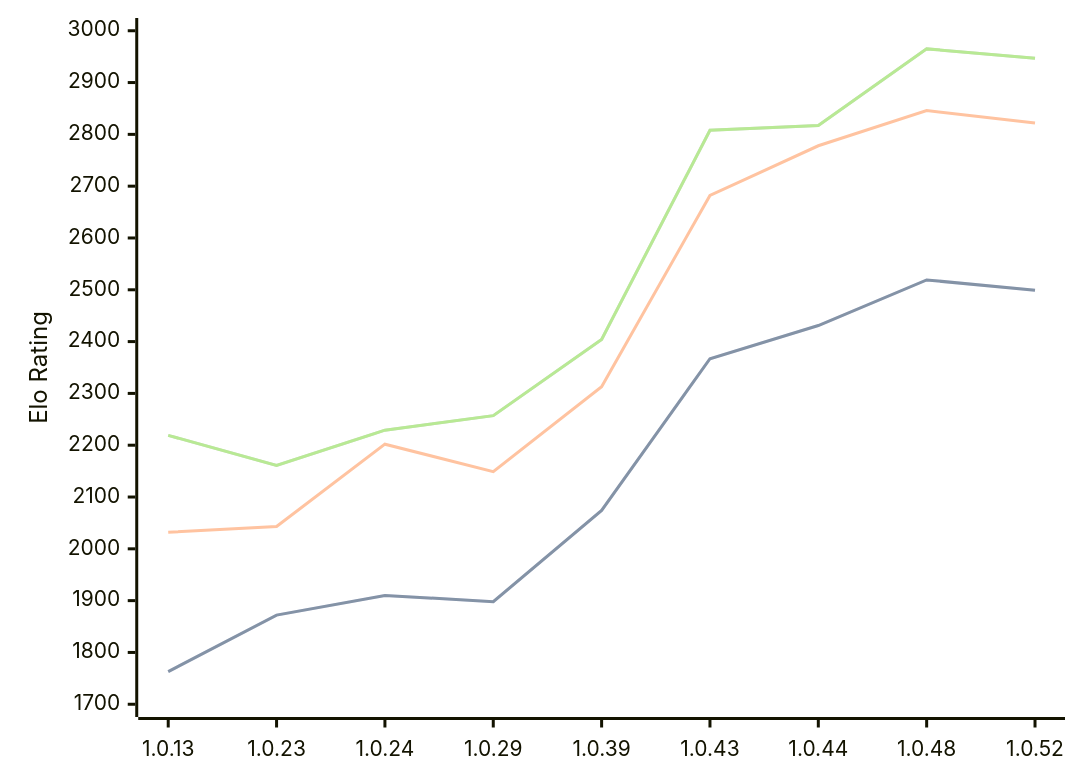
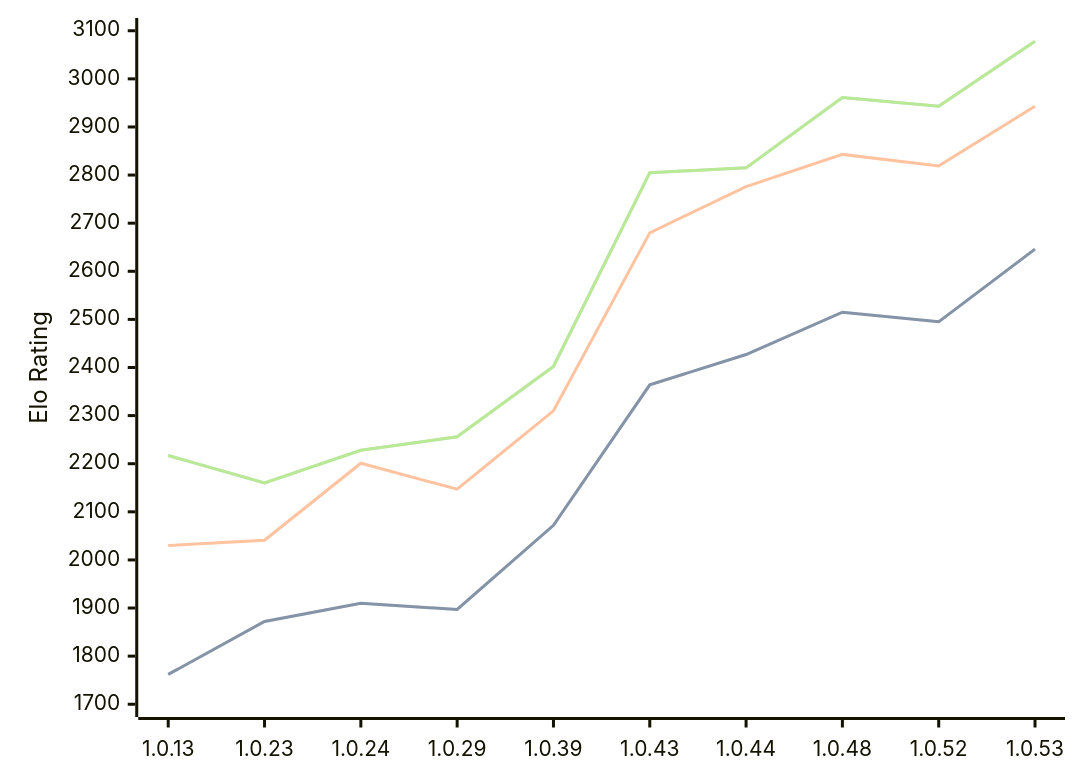
One commit to computer-chess-index/cci changed the diagram in engines/RustyRival.md. Above: the diagram before and after it, drawn with Mermaid. The commit also changed other lines of this file, not shown here.

Commit message:
Update CCI Ratings (ELO VLTC) - 2026-08-12

````diff
--- a/engines/RustyRival.md
+++ b/engines/RustyRival.md
@@ -54,11 +54,11 @@
 ```mermaid
 %%{init: {"theme":"base","themeVariables":{"seriesColors:['#a3a3a3','#222221','#faa371']}}}%%
 xychart-beta
-  x-axis ["1.0.13", "1.0.23", "1.0.24", "1.0.29", "1.0.39", "1.0.43", "1.0.44", "1.0.48", "1.0.52"]
-  y-axis "Elo Rating" 1700 --> 3000
-  line "STC (8.0+0.08s)" [1763, 1872, 1910, 1898, 2074, 2367, 2431, 2519, 2499]
-  line "STC (8.0+0.08s)" [1763, 1872, 1910, 1898, 2074, 2367, 2431, 2519, 2499]
-  line "LTC (60.0+0.60s)" [2032, 2043, 2202, 2149, 2313, 2682, 2778, 2846, 2822]
-  line "VLTC (2m24s+1.12s)" [2219, 2161, 2229, 2257, 2404, 2808, 2817, 2965, 2947]
-  line "VLTC (2m24s+1.12s)" [2219, 2161, 2229, 2257, 2404, 2808, 2817, 2965, 2947]
+  x-axis ["1.0.13", "1.0.23", "1.0.24", "1.0.29", "1.0.39", "1.0.43", "1.0.44", "1.0.48", "1.0.52", "1.0.53"]
+  y-axis "Elo Rating" 1700 --> 3100
+  line "STC (8.0+0.08s)" [1762, 1872, 1910, 1897, 2072, 2364, 2427, 2515, 2495, 2646]
+  line "STC (8.0+0.08s)" [1762, 1872, 1910, 1897, 2072, 2364, 2427, 2515, 2495, 2646]
+  line "LTC (60.0+0.60s)" [2030, 2041, 2201, 2147, 2310, 2680, 2776, 2843, 2819, 2943]
+  line "VLTC (2m24s+1.12s)" [2217, 2160, 2228, 2256, 2402, 2805, 2815, 2961, 2943, 3078]
+  line "VLTC (2m24s+1.12s)" [2217, 2160, 2228, 2256, 2402, 2805, 2815, 2961, 2943, 3078]
 ```
````
